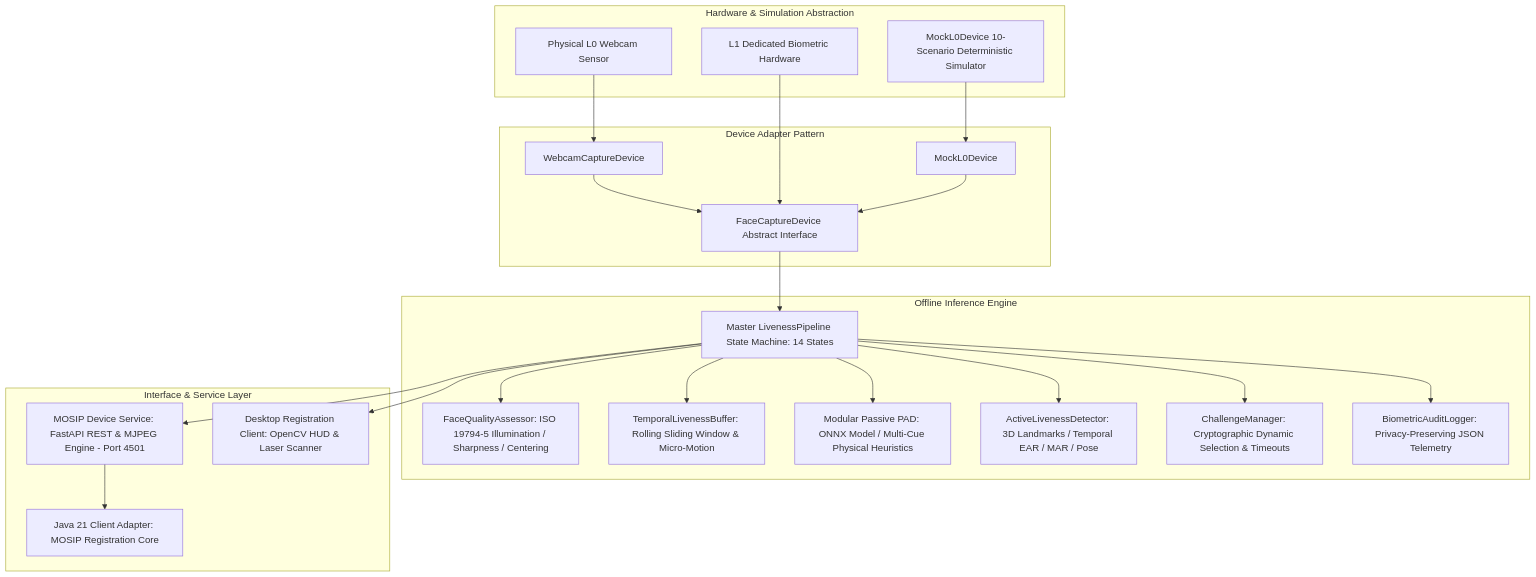
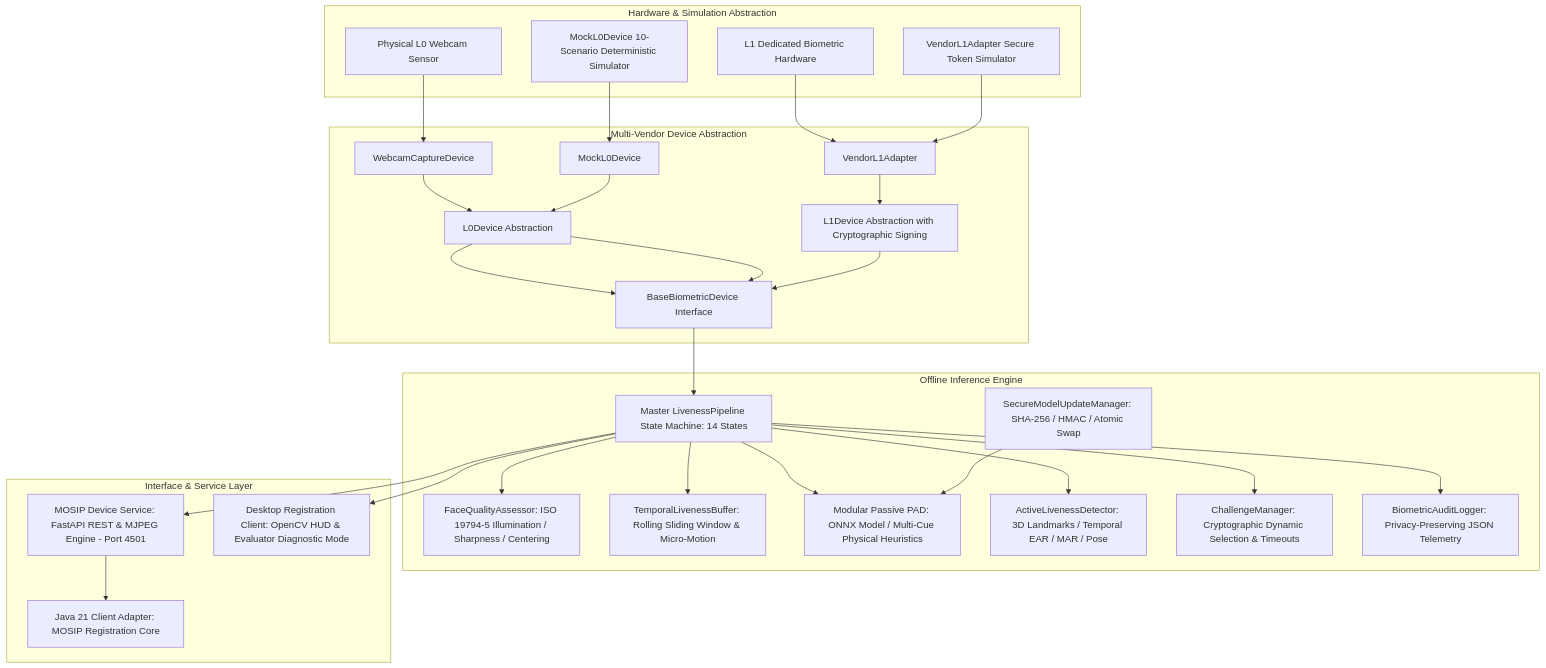
The first of 3 diagrams in docs/TECHNICAL_DESIGN.md (car-ui/mosip-face-liveness-pad), drawn with Mermaid before and after one commit. The commit also changed other lines of this file and 17 other files, not shown here.

Commit message:
feat(biometric-core): add L0/L1 device hierarchy, secure model updater, model metadata provenance, diagnostic mode, and 54 passing tests

````diff
--- a/docs/TECHNICAL_DESIGN.md
+++ b/docs/TECHNICAL_DESIGN.md
@@ -20,46 +20,53 @@
 ```mermaid
 flowchart TD
     subgraph Device Layer [Hardware & Simulation Abstraction]
         HW1[Physical L0 Webcam Sensor]
         HW2[L1 Dedicated Biometric Hardware]
         SIM[MockL0Device 10-Scenario Deterministic Simulator]
+        VEND[VendorL1Adapter Secure Token Simulator]
     end
 
-    subgraph Device Adapter Layer [Device Adapter Pattern]
-        DIF[FaceCaptureDevice Abstract Interface]
+    subgraph Device Adapter Layer [Multi-Vendor Device Abstraction]
+        DIF[BaseBiometricDevice Interface]
+        L0Base[L0Device Abstraction]
+        L1Base[L1Device Abstraction with Cryptographic Signing]
         WAdapter[WebcamCaptureDevice]
         MAdapter[MockL0Device]
+        VAdapter[VendorL1Adapter]
     end
 
     subgraph Core Processing Pipeline [Offline Inference Engine]
         QA[FaceQualityAssessor: ISO 19794-5 Illumination / Sharpness / Centering]
         TB[TemporalLivenessBuffer: Rolling Sliding Window & Micro-Motion]
         PAD[Modular Passive PAD: ONNX Model / Multi-Cue Physical Heuristics]
         AL[ActiveLivenessDetector: 3D Landmarks / Temporal EAR / MAR / Pose]
         CM[ChallengeManager: Cryptographic Dynamic Selection & Timeouts]
         ALog[BiometricAuditLogger: Privacy-Preserving JSON Telemetry]
+        UPD[SecureModelUpdateManager: SHA-256 / HMAC / Atomic Swap]
         SM[Master LivenessPipeline State Machine: 14 States]
     end
 
     subgraph Interface & Service Layer
         MDS[MOSIP Device Service: FastAPI REST & MJPEG Engine - Port 4501]
-        DesktopUI[Desktop Registration Client: OpenCV HUD & Laser Scanner]
+        DesktopUI[Desktop Registration Client: OpenCV HUD & Evaluator Diagnostic Mode]
         JavaAdapter[Java 21 Client Adapter: MOSIP Registration Core]
     end
 
-    HW1 --> WAdapter --> DIF
-    HW2 --> DIF
-    SIM --> MAdapter --> DIF
+    HW1 --> WAdapter --> L0Base --> DIF
+    SIM --> MAdapter --> L0Base --> DIF
+    HW2 --> VAdapter --> L1Base --> DIF
+    VEND --> VAdapter
 
     DIF --> SM
     SM --> QA
     SM --> TB
     SM --> PAD
     SM --> AL
     SM --> CM
     SM --> ALog
+    UPD --> PAD
 
     SM --> MDS
     SM --> DesktopUI
     MDS --> JavaAdapter
 ```
````
